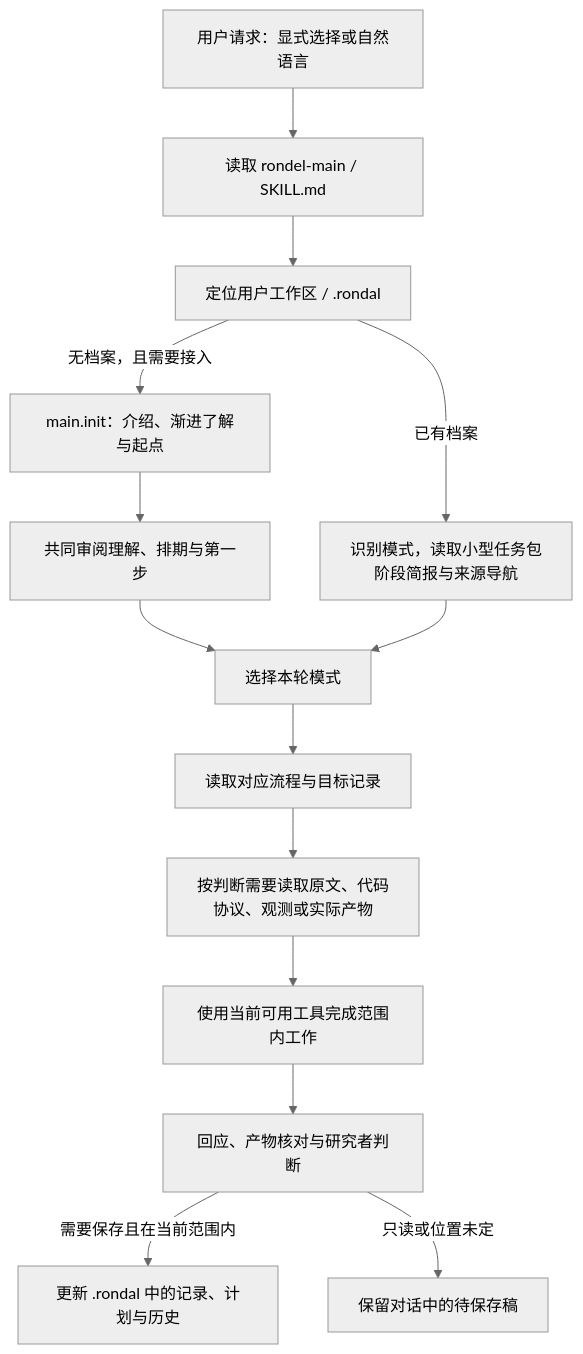
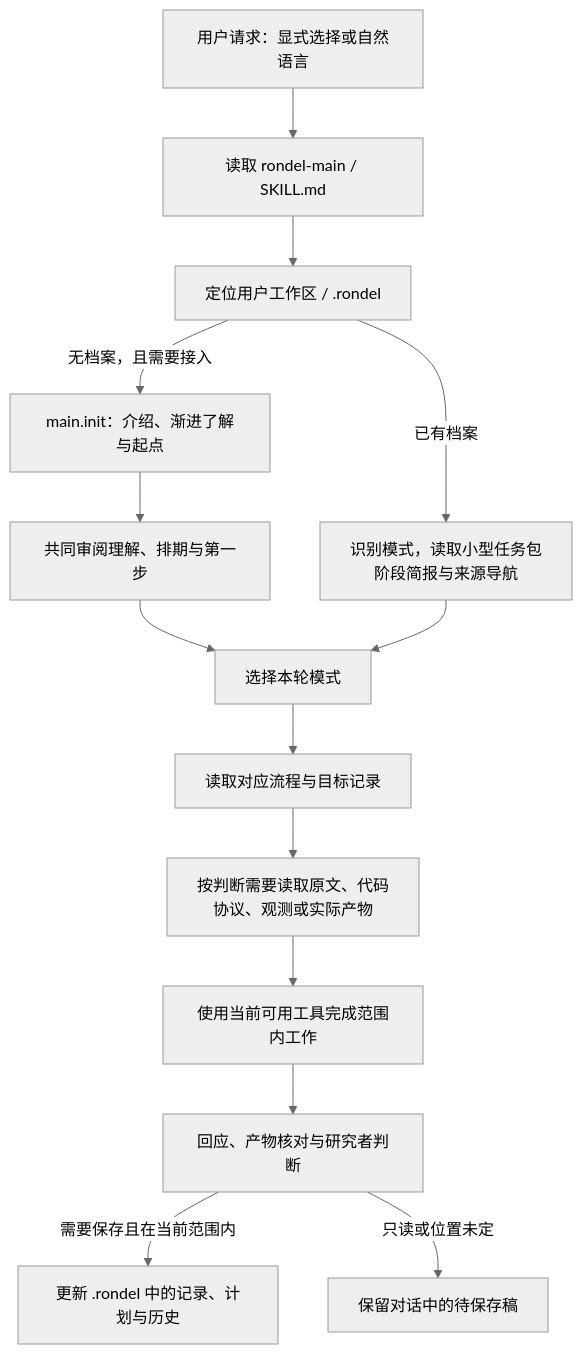
One commit to ZoltraakDiego/Rondel changed the diagram in examples/usage-cases.md. Above: the diagram before and after it, drawn with Mermaid (neutral theme). The commit also changed other lines of this file and 81 other files, not shown here.

````diff
--- a/examples/usage-cases.md
+++ b/examples/usage-cases.md
@@ -32,16 +32,16 @@
 ```mermaid
 flowchart TD
     U["用户请求：显式选择或自然语言"] --> S["读取 rondel-main / SKILL.md"]
-    S --> W["定位用户工作区 / .rondal"]
+    S --> W["定位用户工作区 / .rondel"]
     W -->|无档案，且需要接入| I["main.init：介绍、渐进了解与起点"]
     W -->|已有档案| C["识别模式，读取小型任务包<br/>阶段简报与来源导航"]
     I --> P["共同审阅理解、排期与第一步"]
     P --> M["选择本轮模式"]
     C --> M
     M --> R["读取对应流程与目标记录"]
     R --> E["按判断需要读取原文、代码<br/>协议、观测或实际产物"]
     E --> T["使用当前可用工具完成范围内工作"]
     T --> O["回应、产物核对与研究者判断"]
-    O -->|需要保存且在当前范围内| N["更新 .rondal 中的记录、计划与历史"]
+    O -->|需要保存且在当前范围内| N["更新 .rondel 中的记录、计划与历史"]
     O -->|只读或位置未定| D["保留对话中的待保存稿"]
 ```
````
